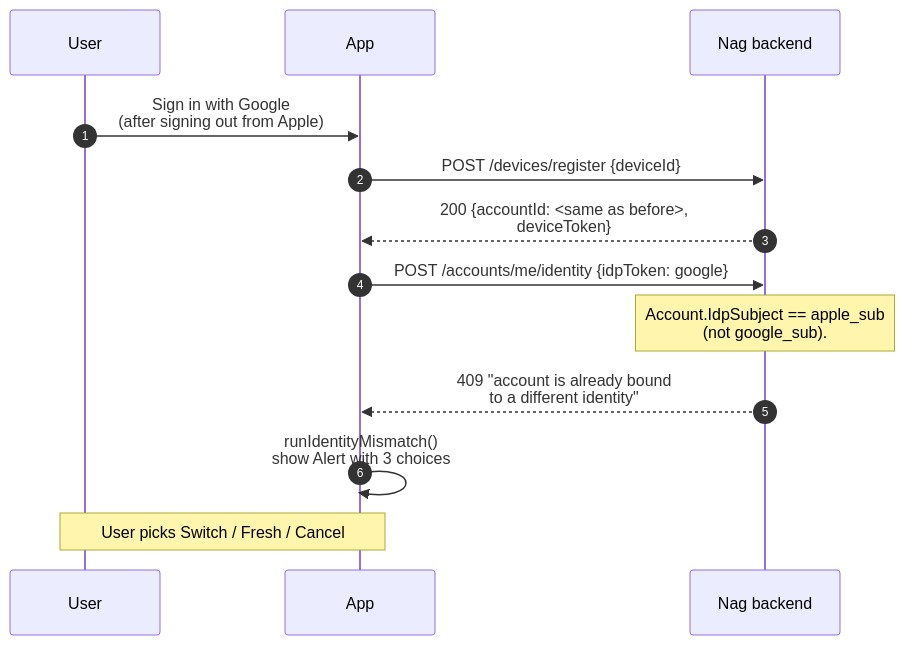
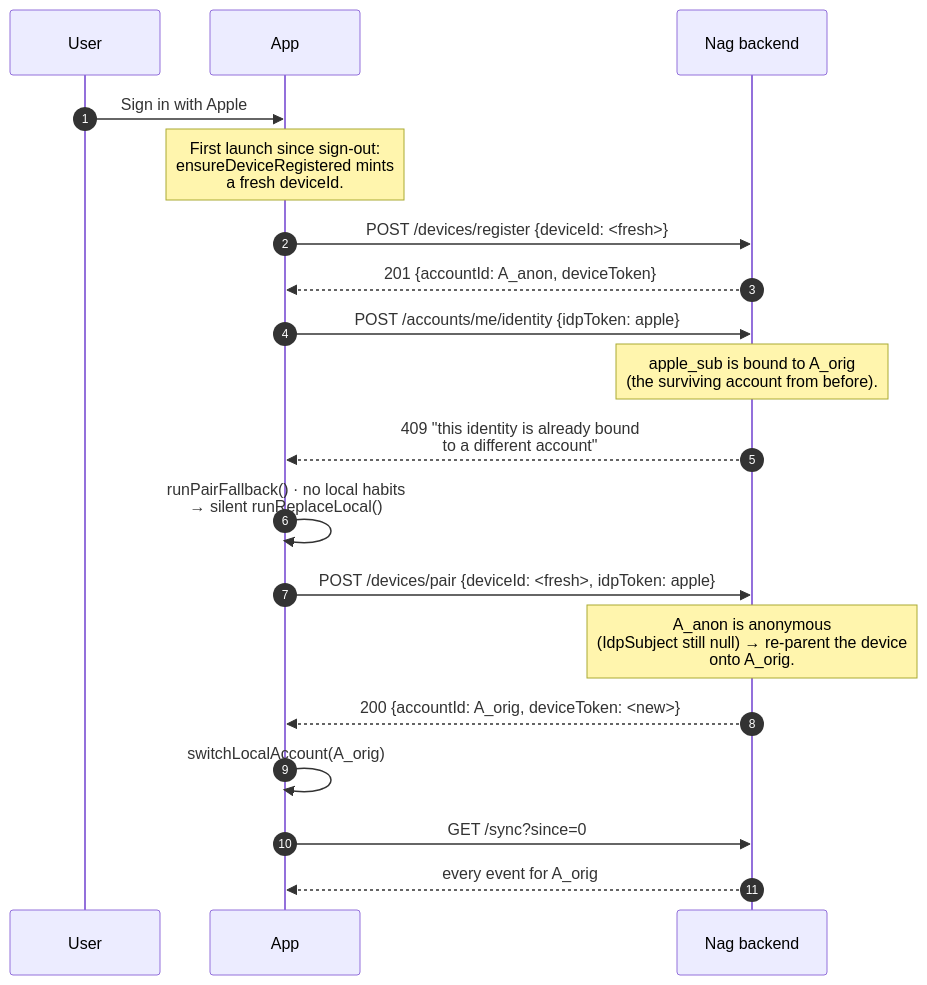
Before and after one commit to auctionready/nag: the fifth of 12 diagrams in docs/IdentityAndAuth.md, drawn with Mermaid. The commit also changed other lines of this file and 12 other files, not shown here.

````diff
--- a/docs/IdentityAndAuth.md
+++ b/docs/IdentityAndAuth.md
@@ -446,16 +499,22 @@
 ```mermaid
 sequenceDiagram
     autonumber
     participant U as User
     participant App as App
     participant Server as Nag backend
 
-    U->>App: Sign in with Google<br/>(after signing out from Apple)
-    App->>Server: POST /devices/register {deviceId}
-    Server-->>App: 200 {accountId: <same as before>,<br/>deviceToken}
-    App->>Server: POST /accounts/me/identity {idpToken: google}
-    Note over Server: Account.IdpSubject == apple_sub<br/>(not google_sub).
-    Server-->>App: 409 "account is already bound<br/>to a different identity"
-    App->>App: runIdentityMismatch()<br/>show Alert with 3 choices
-    Note over U,App: User picks Switch / Fresh / Cancel
+    U->>App: Sign in with Apple
+    Note over App: First launch since sign-out:<br/>ensureDeviceRegistered mints<br/>a fresh deviceId.
+    App->>Server: POST /devices/register {deviceId: <fresh>}
+    Server-->>App: 201 {accountId: A_anon, deviceToken}
+    App->>Server: POST /accounts/me/identity {idpToken: apple}
+    Note over Server: apple_sub is bound to A_orig<br/>(the surviving account from before).
+    Server-->>App: 409 "this identity is already bound<br/>to a different account"
+    App->>App: runPairFallback() · no local habits<br/>→ silent runReplaceLocal()
+    App->>Server: POST /devices/pair {deviceId: <fresh>, idpToken: apple}
+    Note over Server: A_anon is anonymous<br/>(IdpSubject still null) → re-parent the device<br/>onto A_orig.
+    Server-->>App: 200 {accountId: A_orig, deviceToken: <new>}
+    App->>App: switchLocalAccount(A_orig)
+    App->>Server: GET /sync?since=0
+    Server-->>App: every event for A_orig
 ```
````
